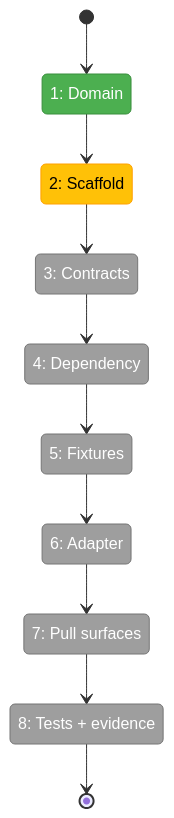
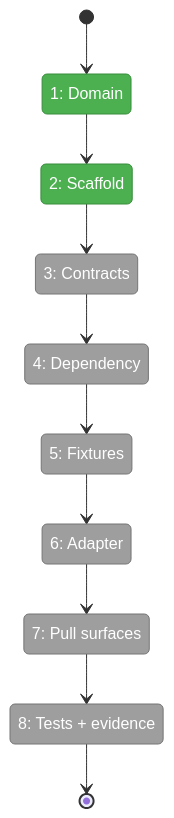
The first of 2 diagrams in docs/plans/007-options-for-pi-extensions-that-do-subagents/tasks/phase-1-minih-inventory-artifact-adapter/tasks.fltplan.md (vaughanknight/pij), drawn with Mermaid before and after one commit. The commit also changed other lines of this file and 3 other files, not shown here.

````diff
--- a/docs/plans/007-options-for-pi-extensions-that-do-subagents/tasks/phase-1-minih-inventory-artifact-adapter/tasks.fltplan.md
+++ b/docs/plans/007-options-for-pi-extensions-that-do-subagents/tasks/phase-1-minih-inventory-artifact-adapter/tasks.fltplan.md
@@ -42,30 +42,29 @@
 ```mermaid
 stateDiagram-v2
     classDef pending fill:#9E9E9E,stroke:#757575,color:#fff
     classDef active fill:#FFC107,stroke:#FFA000,color:#000
     classDef done fill:#4CAF50,stroke:#388E3C,color:#fff
     classDef blocked fill:#F44336,stroke:#D32F2F,color:#fff
 
     state "1: Domain" as S1
     state "2: Scaffold" as S2
     state "3: Contracts" as S3
     state "4: Dependency" as S4
     state "5: Fixtures" as S5
     state "6: Adapter" as S6
     state "7: Pull surfaces" as S7
     state "8: Tests + evidence" as S8
 
     [*] --> S1
     S1 --> S2
     S2 --> S3
     S3 --> S4
     S4 --> S5
     S5 --> S6
     S6 --> S7
     S7 --> S8
     S8 --> [*]
 
-    class S1 done
-    class S2 active
+    class S1,S2 done
     class S3,S4,S5,S6,S7,S8 pending
 ```
````
